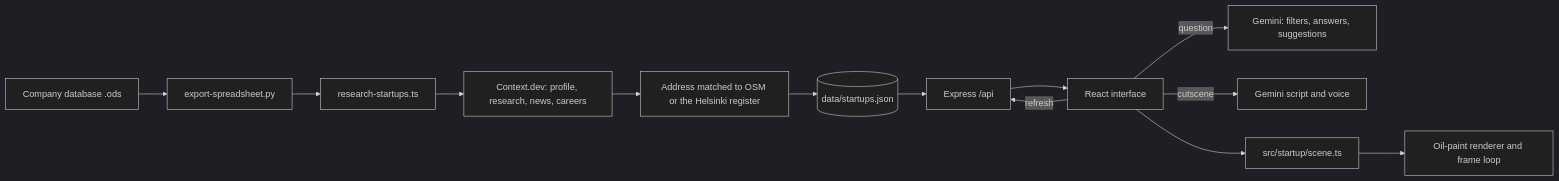
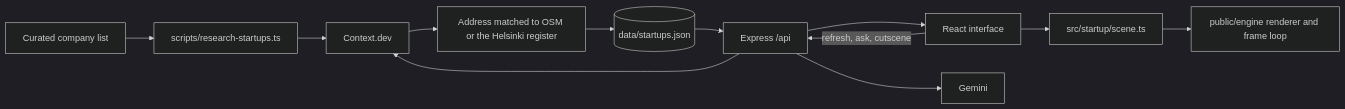
One commit to Namprire/WorldWeb changed the diagram in docs/ARCHITECTURE.md. Above: the diagram before and after it, drawn with Mermaid (dark theme). The commit also changed other lines of this file and 30 other files, not shown here.

````diff
--- a/docs/ARCHITECTURE.md
+++ b/docs/ARCHITECTURE.md
@@ -5,15 +5,14 @@
 ```mermaid
 flowchart LR
-  Sheet[Company database .ods] --> Export[export-spreadsheet.py]
-  Export --> Research[research-startups.ts]
-  Research --> Context[Context.dev: profile, research, news, careers]
+  Sheet[Curated company list] --> Research[scripts/research-startups.ts]
+  Research --> Context[Context.dev]
   Context --> Check[Address matched to OSM or the Helsinki register]
   Check --> Store[(data/startups.json)]
   Store --> API[Express /api]
   API --> UI[React interface]
-  UI -->|refresh| API
-  UI -->|question| Gemini[Gemini: filters, answers, suggestions]
-  UI -->|cutscene| Script[Gemini script and voice]
   UI --> Scene[src/startup/scene.ts]
-  Scene --> Engine[Oil-paint renderer and frame loop]
+  Scene --> Engine[public/engine renderer and frame loop]
+  UI -->|refresh, ask, cutscene| API
+  API --> Gemini[Gemini]
+  API --> Context
 ```
````
